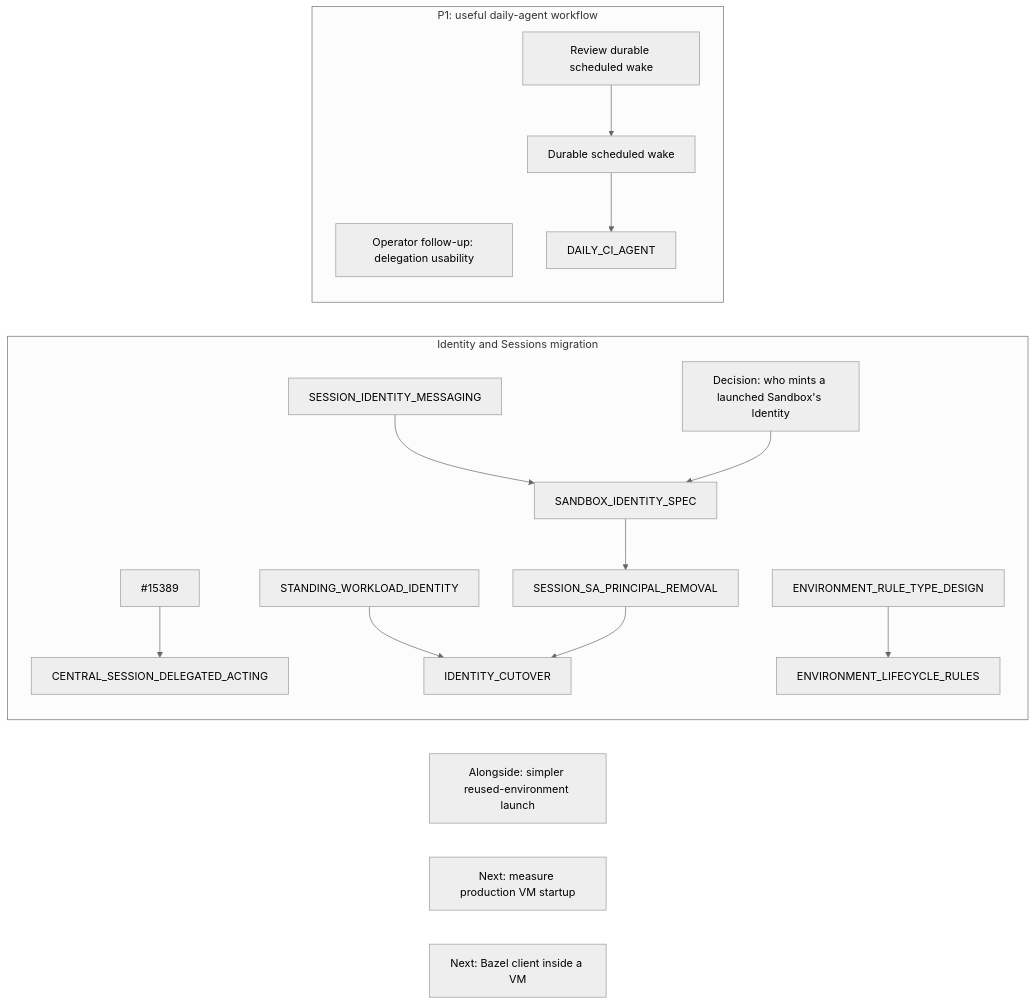
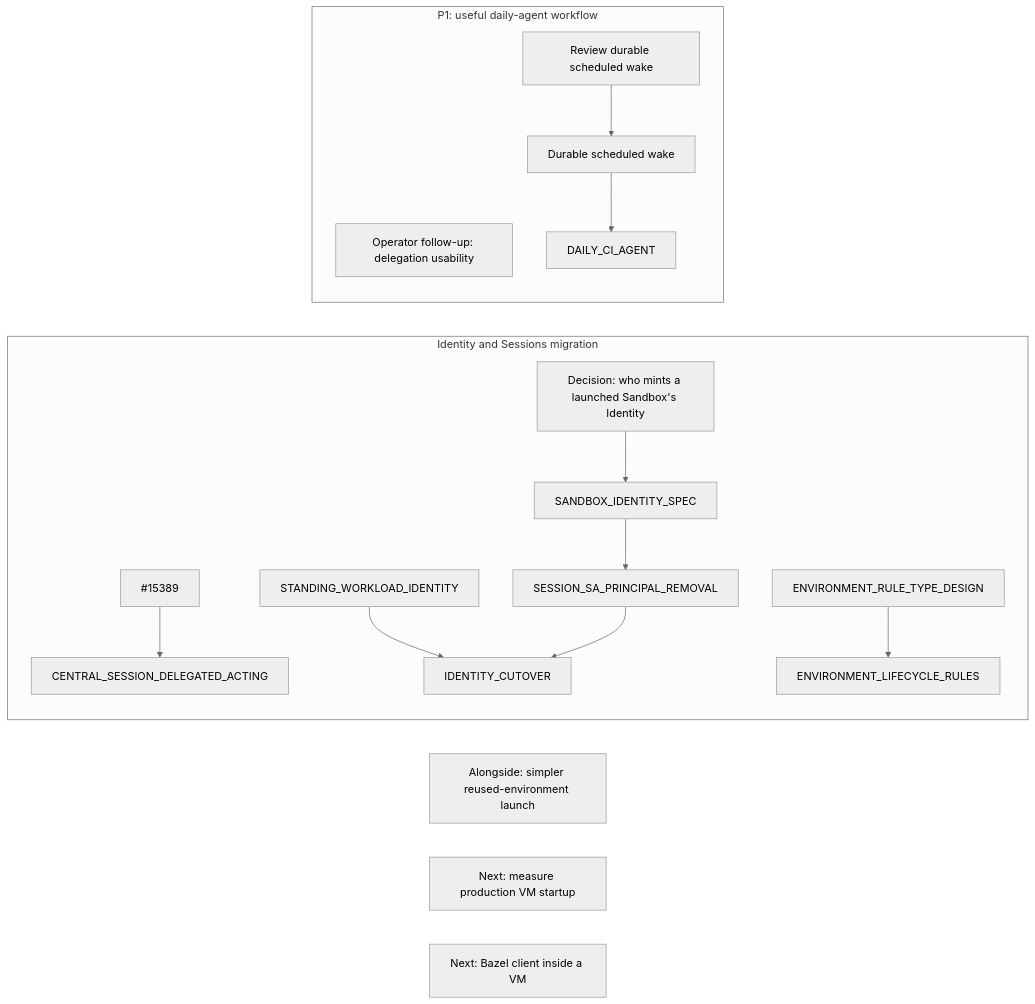
Before and after one commit to agentydragon/ducktape: the first of 19 diagrams in agentplane/plans/task_dag.md, drawn with Mermaid (neutral theme). The commit also changed other lines of this file and 1 other file, not shown here.

First line of the commit message:
agentplane/plans: 2026-11-10 status: messaging, delegated acting and three app slices landed; standing workloads and manifests in review

````diff
--- a/agentplane/plans/task_dag.md
+++ b/agentplane/plans/task_dag.md
@@ -197,19 +200,18 @@
 ```mermaid
 flowchart LR
     subgraph IDENTITY_TRACK[Identity and Sessions migration]
         SERVICES_IDENTITY_PRINCIPAL[#15389] --> CENTRAL_SESSION_DELEGATED_ACTING
         STANDING_WORKLOAD_IDENTITY --> IDENTITY_CUTOVER
-        SESSION_IDENTITY_MESSAGING --> SANDBOX_IDENTITY_SPEC
         ENVIRONMENT_RULE_TYPE_DESIGN --> ENVIRONMENT_LIFECYCLE_RULES
         QUESTION_11[Decision: who mints a launched Sandbox's Identity] --> SANDBOX_IDENTITY_SPEC
         SANDBOX_IDENTITY_SPEC --> SESSION_SA_PRINCIPAL_REMOVAL --> IDENTITY_CUTOVER
     end
     subgraph PRIORITY_ONE[P1: useful daily-agent workflow]
         THREAD_CREATE_AUTHORIZATION[Operator follow-up: delegation usability]
         SCHEDULED_AGENT_WAKE_DESIGN[Review durable scheduled wake] --> SCHEDULED_AGENT_WAKE
         SCHEDULED_AGENT_WAKE[Durable scheduled wake] --> DAILY_CI_AGENT
     end
     SESSION_LAUNCH_FRICTION[Alongside: simpler reused-environment launch]
     VM_STARTUP_LATENCY[Next: measure production VM startup]
     LOCAL_BAZEL[Next: Bazel client inside a VM]
 ```
````
